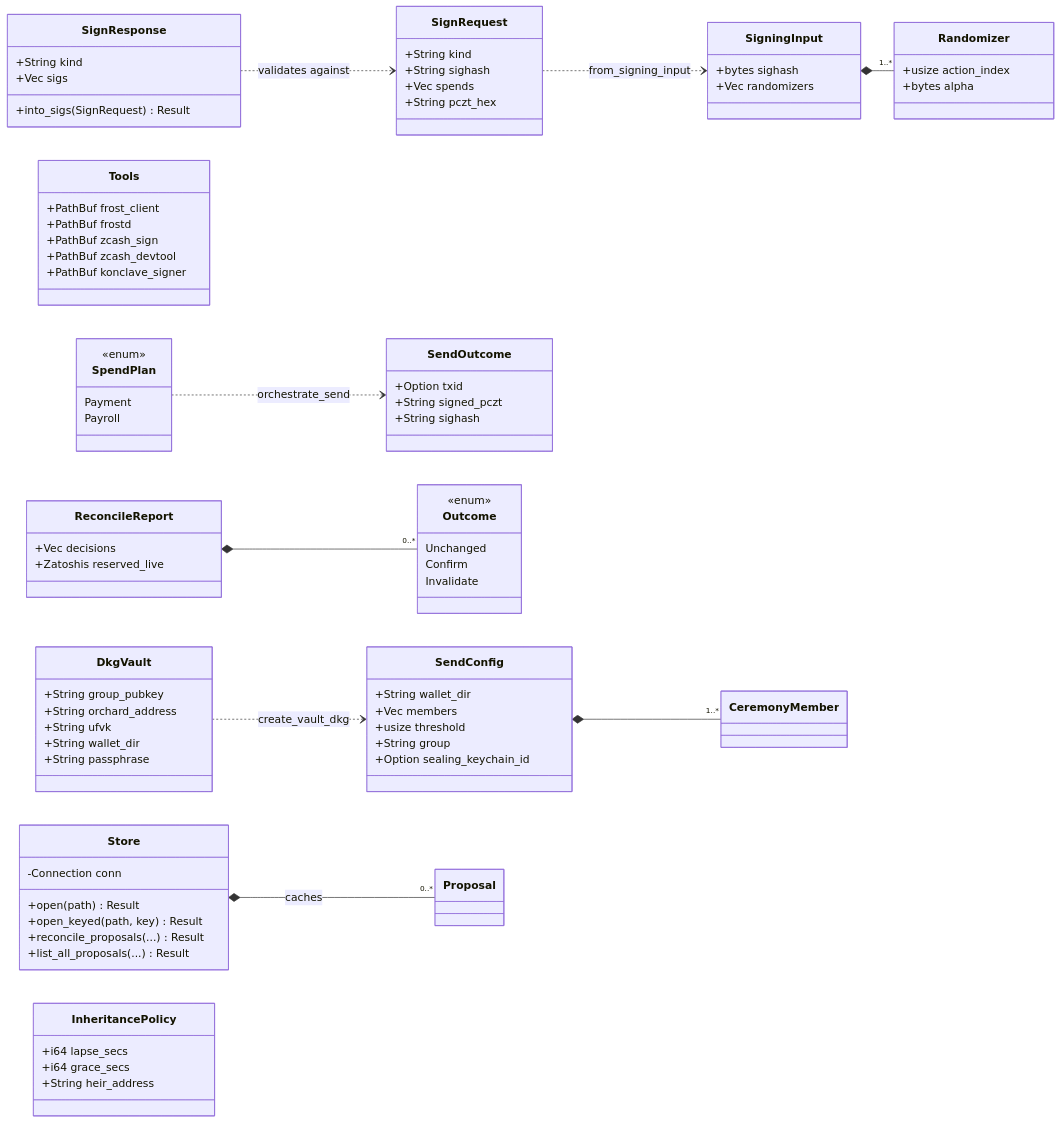
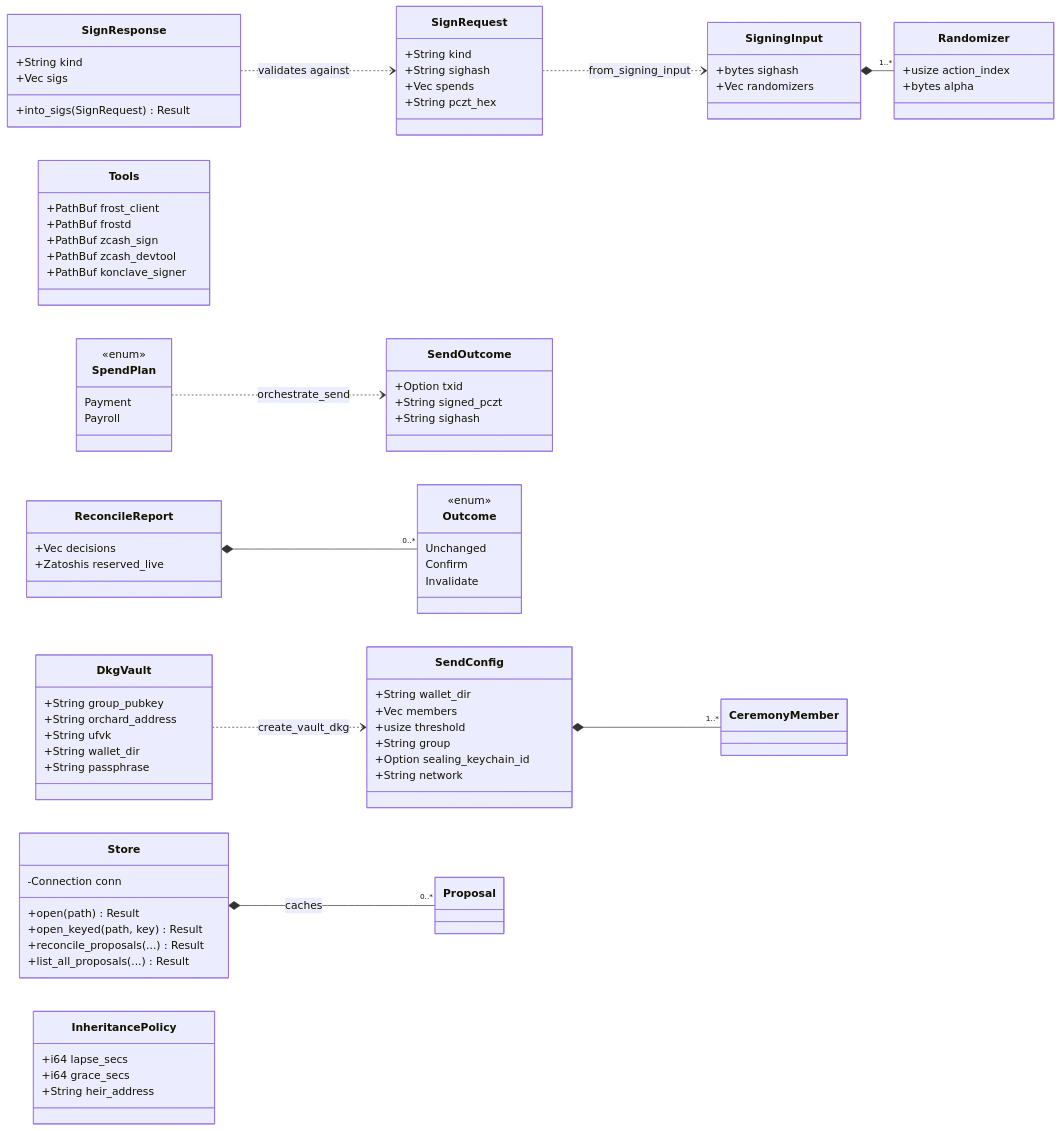
Before and after one commit to deegalabs/konclave: the second of 7 diagrams in docs/GUIDE.md, drawn with Mermaid. The commit also changed other lines of this file and 6 other files, not shown here.

```diff
--- a/docs/GUIDE.md
+++ b/docs/GUIDE.md
@@ -172,6 +172,7 @@
         +usize threshold
         +String group
         +Option sealing_keychain_id
+        +String network
     }
     class SpendPlan {
         <<enum>>
```
